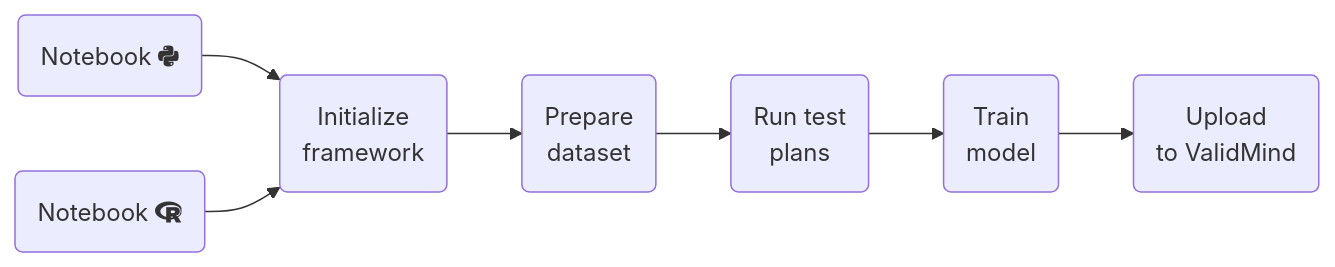
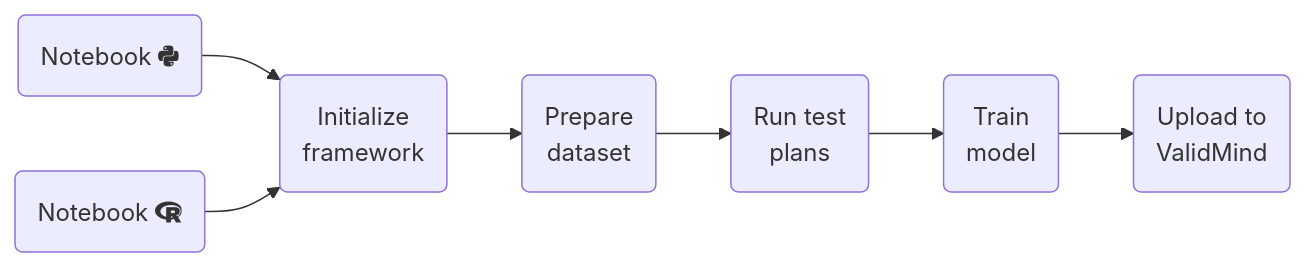
One commit to validmind/documentation changed the diagram in site/guide/get-started.qmd. Above: the diagram before and after it, drawn with Mermaid. The commit also changed other lines of this file and 7 other files, not shown here.

````diff
--- a/site/guide/get-started.qmd
+++ b/site/guide/get-started.qmd
@@ -10,12 +10,12 @@
 ```{mermaid}
 %%| fig-width: 7
 flowchart LR
   A(Notebook <i class='fa-brands fa-python'></i>)
   B(Notebook <i class='fa-brands fa-r-project'></i>)
   A --> C(Initialize<br>framework)
   B --> C
   C --> D(Prepare<br>dataset)
   D --> E(Run test<br>plans)
   E --> F(Train<br>model)
-  F --> G(Upload<br>to ValidMind)
+  F --> G(Upload to<br>ValidMind)
 ```
````
